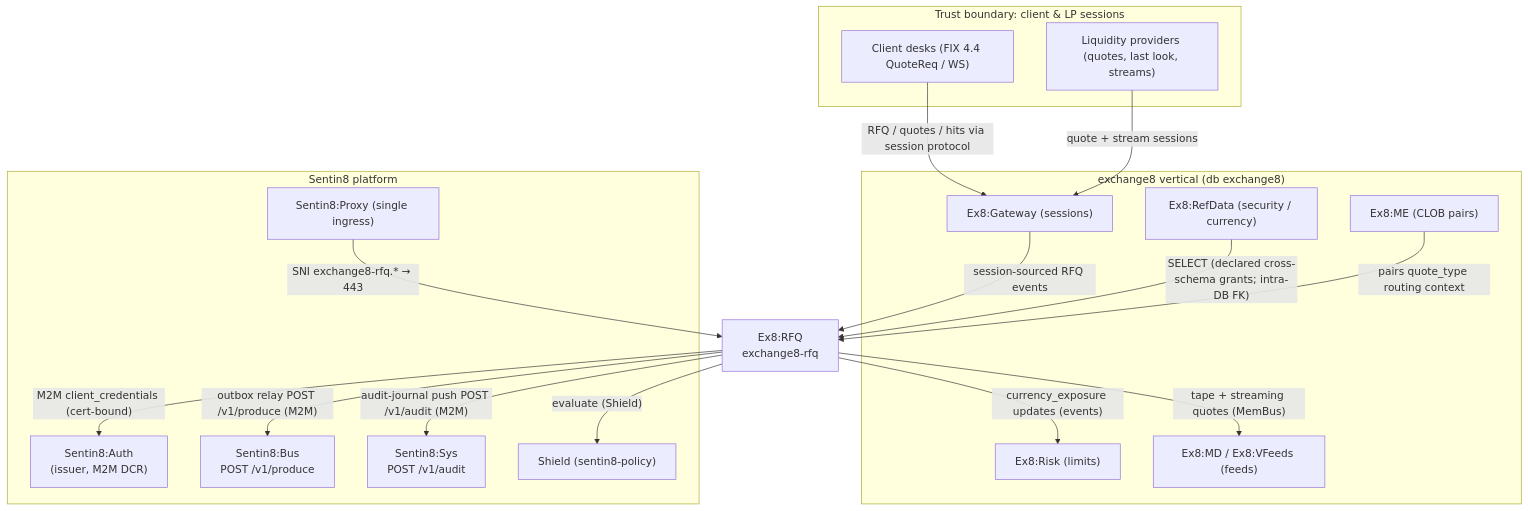
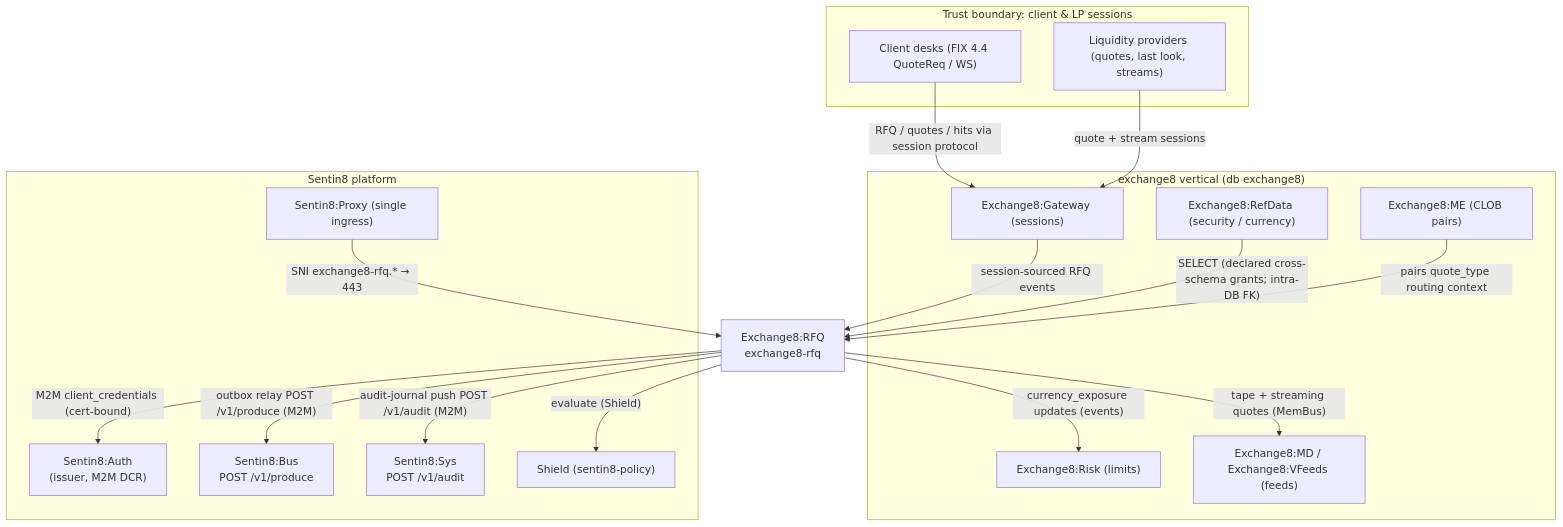
Before and after one commit to Exchange8-dev/exchange8-rfq: the first of 16 diagrams in DESIGN.md, drawn with Mermaid. The commit also changed other lines of this file and 6 other files, not shown here.

````diff
--- a/DESIGN.md
+++ b/DESIGN.md
@@ -40,38 +40,38 @@
 ```mermaid
 graph TD
     subgraph sessionsT["Trust boundary: client & LP sessions"]
         CLIENT["Client desks (FIX 4.4 QuoteReq / WS)"]
         LPS["Liquidity providers (quotes, last look, streams)"]
     end
 
     subgraph vertical["exchange8 vertical (db exchange8)"]
-        GATEWAY["Ex8:Gateway (sessions)"]
-        REFQ["Ex8:RefData (security / currency)"]
-        RISK["Ex8:Risk (limits)"]
-        MDQ["Ex8:MD / Ex8:VFeeds (feeds)"]
-        MEQ["Ex8:ME (CLOB pairs)"]
+        GATEWAY["Exchange8:Gateway (sessions)"]
+        REFQ["Exchange8:RefData (security / currency)"]
+        RISK["Exchange8:Risk (limits)"]
+        MDQ["Exchange8:MD / Exchange8:VFeeds (feeds)"]
+        MEQ["Exchange8:ME (CLOB pairs)"]
     end
 
     subgraph platform["Sentin8 platform"]
         AUTHQ["Sentin8:Auth<br/>(issuer, M2M DCR)"]
         BUSQ["Sentin8:Bus<br/>POST /v1/produce"]
         SYSQ["Sentin8:Sys<br/>POST /v1/audit"]
         SHIELDQ["Shield (sentin8-policy)"]
         PROXYQ["Sentin8:Proxy (single ingress)"]
     end
 
-    SVC["Ex8:RFQ<br/>exchange8-rfq"]
+    SVC["Exchange8:RFQ<br/>exchange8-rfq"]
 
     CLIENT -->|"RFQ / quotes / hits via session protocol"| GATEWAY
     LPS -->|"quote + stream sessions"| GATEWAY
     GATEWAY -->|"session-sourced RFQ events"| SVC
     SVC -->|"M2M client_credentials (cert-bound)"| AUTHQ
     SVC -->|"outbox relay POST /v1/produce (M2M)"| BUSQ
     SVC -->|"audit-journal push POST /v1/audit (M2M)"| SYSQ
     REFQ -->|"SELECT (declared cross-schema grants; intra-DB FK)"| SVC
     SVC -->|"currency_exposure updates (events)"| RISK
     SVC -->|"tape + streaming quotes (MemBus)"| MDQ
     MEQ -->|"pairs quote_type routing context"| SVC
     SVC -->|"evaluate (Shield)"| SHIELDQ
     PROXYQ -->|"SNI exchange8-rfq.* → 443"| SVC
 ```
````
